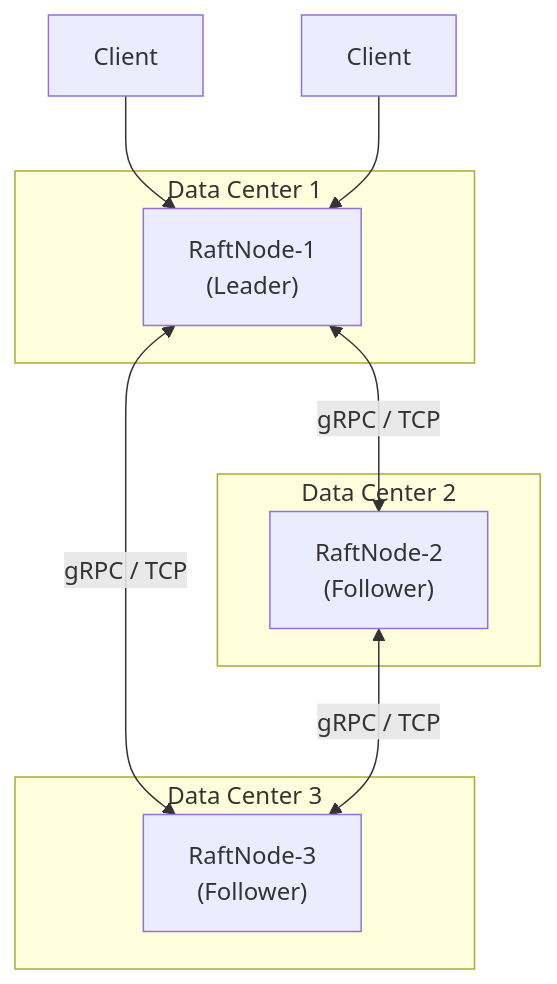
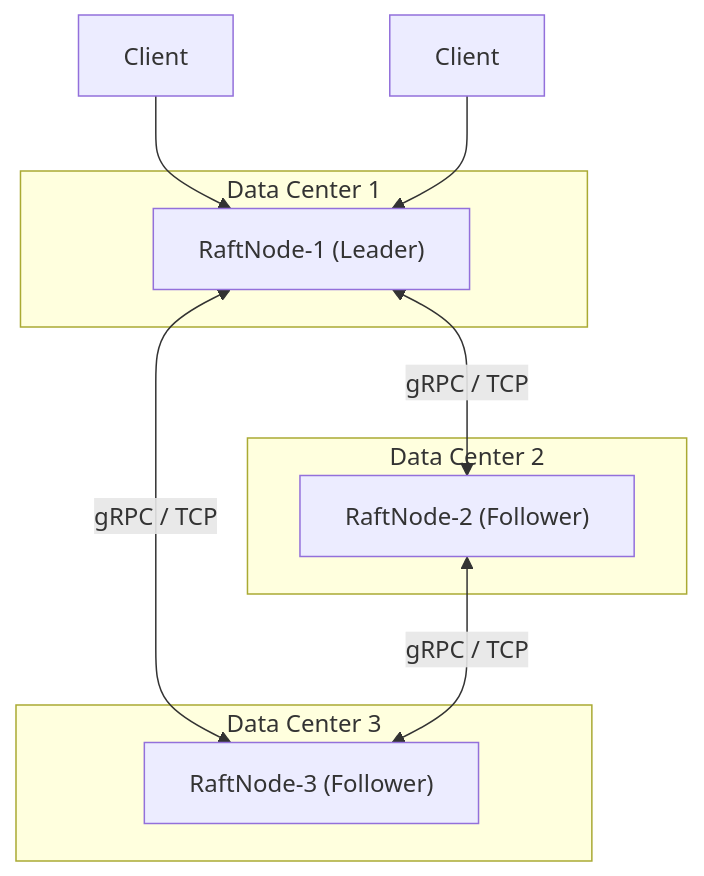
The third of 3 diagrams in docs/book/18-end-to-end-integration.md (bmscomp/raft), drawn with Mermaid before and after one commit. The commit also changed other lines of this file and 38 other files, not shown here.

First line of the commit message:
docs: replace ASCII art with Mermaid diagrams across book and tutorials

````diff
--- a/docs/book/18-end-to-end-integration.md
+++ b/docs/book/18-end-to-end-integration.md
@@ -197,21 +197,21 @@
 ```mermaid
 flowchart TB
     subgraph DC1["Data Center 1"]
-        N1["RaftNode-1\n(Leader)"]
+        N1["RaftNode-1 (Leader)"]
     end
 
     subgraph DC2["Data Center 2"]
-        N2["RaftNode-2\n(Follower)"]
+        N2["RaftNode-2 (Follower)"]
     end
 
     subgraph DC3["Data Center 3"]
-        N3["RaftNode-3\n(Follower)"]
+        N3["RaftNode-3 (Follower)"]
     end
 
     N1 <-->|"gRPC / TCP"| N2
     N1 <-->|"gRPC / TCP"| N3
     N2 <-->|"gRPC / TCP"| N3
 
     C1["Client"] --> N1
     C2["Client"] --> N1
 ```
````
